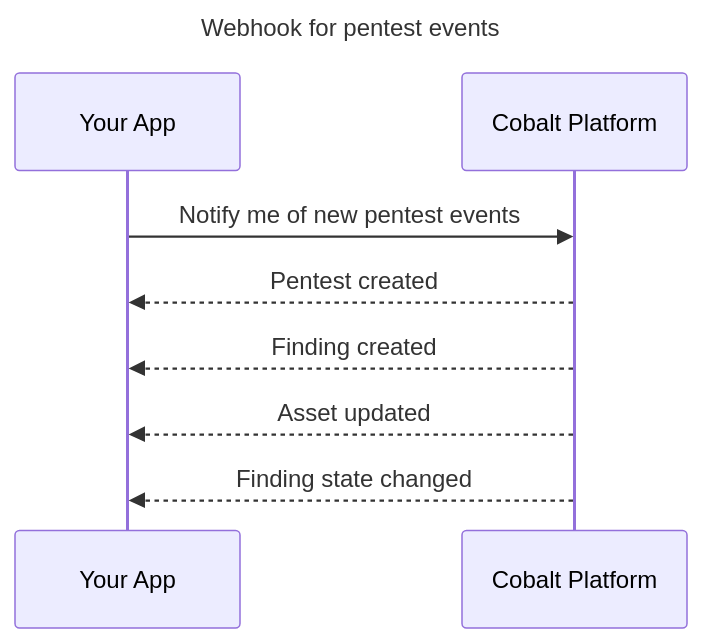
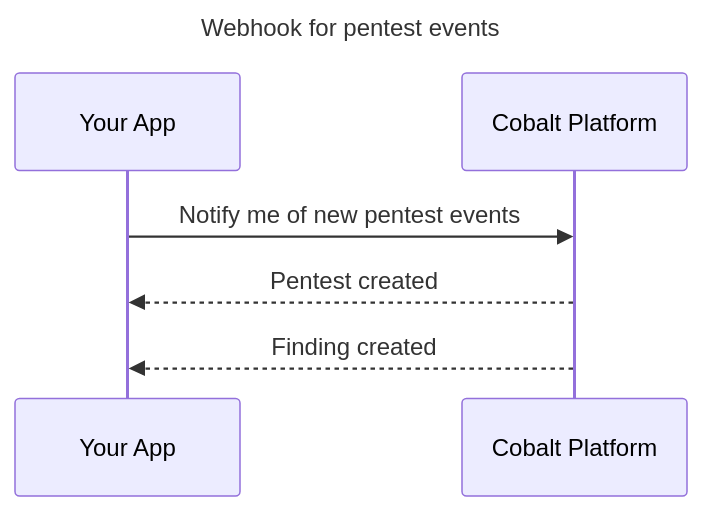
One commit to cobalthq/cobalt-product-public-docs changed the diagram in content/en/Integrations/webhooks.md. Above: the diagram before and after it, drawn with Mermaid. The commit also changed other lines of this file, not shown here.

```diff
--- a/content/en/Integrations/webhooks.md
+++ b/content/en/Integrations/webhooks.md
@@ -20,9 +21,7 @@
 {{< mermaid align="left" theme="default" >}}
 sequenceDiagram
   title Webhook for pentest events
    Your App->>Cobalt Platform: Notify me of new pentest events
    Cobalt Platform-->>Your App: Pentest created
    Cobalt Platform-->>Your App: Finding created
-   Cobalt Platform-->>Your App: Asset updated
-   Cobalt Platform-->>Your App: Finding state changed
 {{< /mermaid >}}
```
